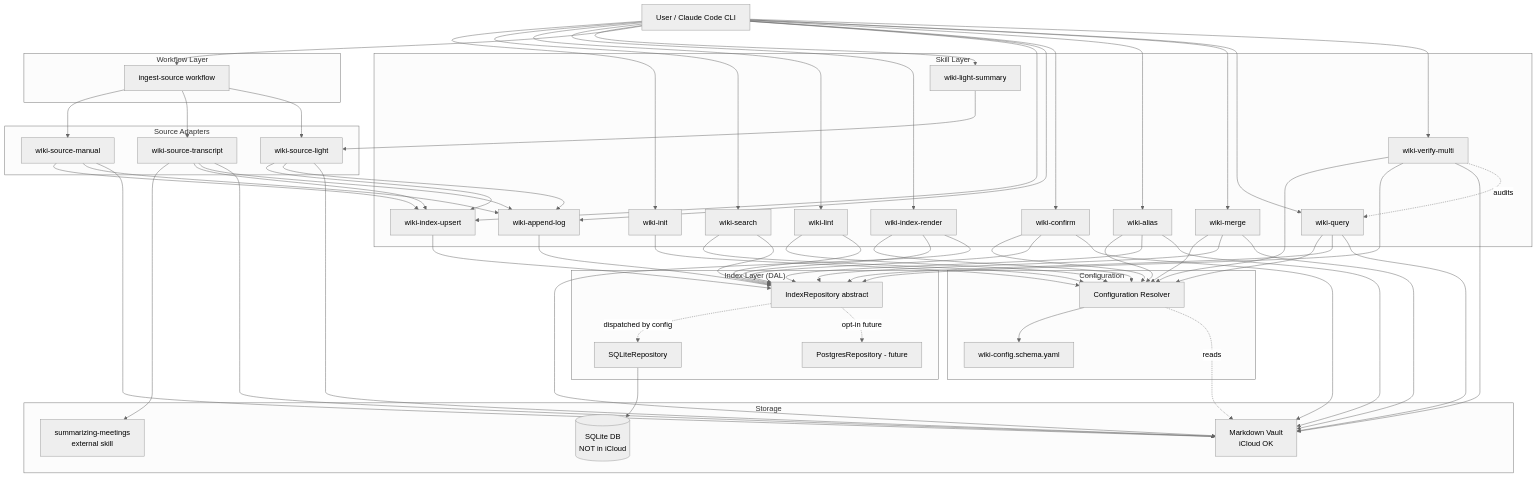
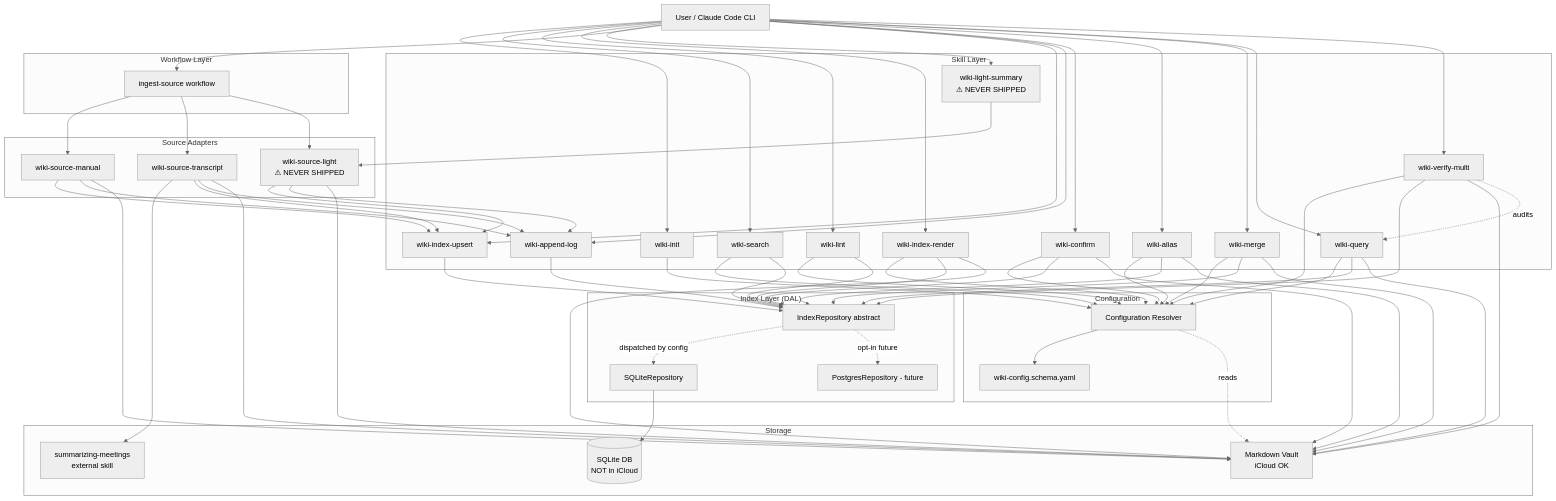
Before and after one commit to MatrixFounder/llm-wiki: the diagram in docs/architectures/functional/components.md, drawn with Mermaid (neutral theme). The commit also changed other lines of this file and 9 other files, not shown here.

First line of the commit message:
docs(072-00): re-scope R-7 in place, and correct four false architecture claims

```diff
--- a/docs/architectures/functional/components.md
+++ b/docs/architectures/functional/components.md
@@ -702,7 +702,7 @@
         SS[wiki-search]
         SL[wiki-lint]
         SR[wiki-index-render]
-        SLS[wiki-light-summary]
+        SLS["wiki-light-summary<br/>⚠ NEVER SHIPPED"]
         SU[wiki-index-upsert]
         WAL[wiki-append-log]
         EC[wiki-confirm]
@@ -719,7 +719,7 @@
     subgraph "Source Adapters"
         SAM[wiki-source-manual]
         SAT[wiki-source-transcript]
-        SLT[wiki-source-light]
+        SLT["wiki-source-light<br/>⚠ NEVER SHIPPED"]
     end
 
     subgraph "Configuration"
```
